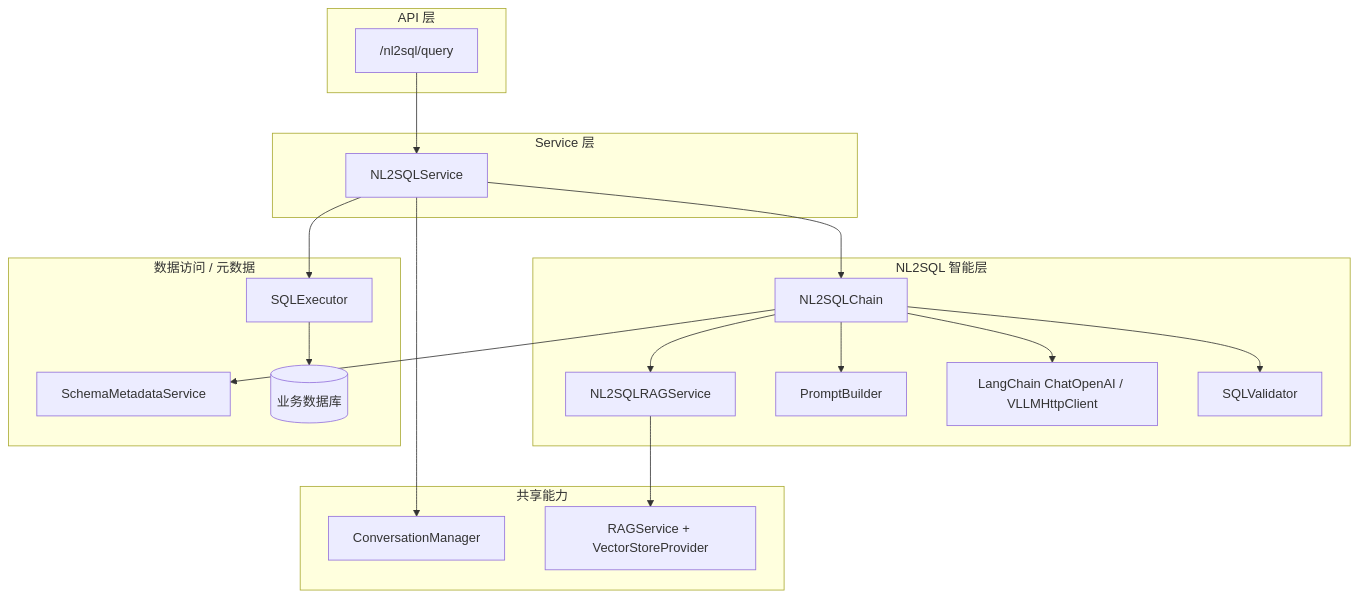
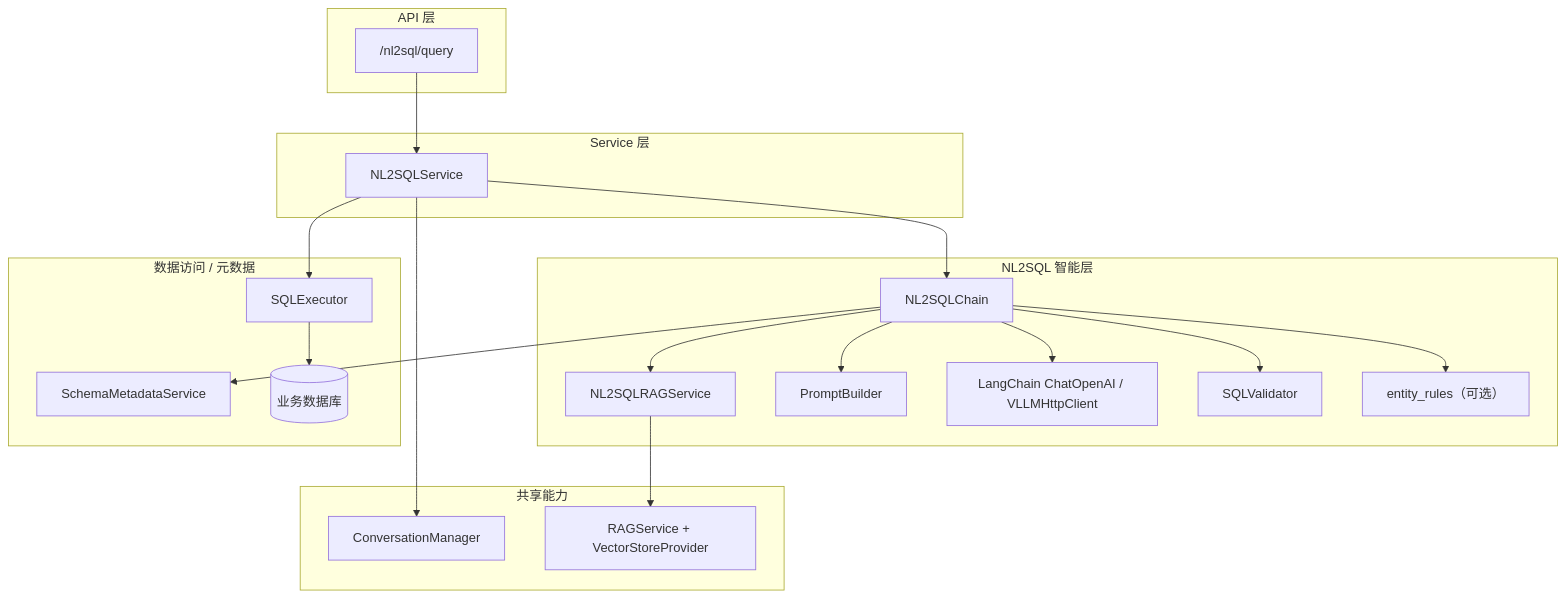
One commit to gaocf888/models_app_framework changed the first of 3 diagrams in framework-guide/NL2SQL整体实现技术说明.md. Above: the diagram before and after it, drawn with Mermaid. The commit also changed other lines of this file and 13 other files, not shown here.

````diff
--- a/framework-guide/NL2SQL整体实现技术说明.md
+++ b/framework-guide/NL2SQL整体实现技术说明.md
@@ -88,43 +95,45 @@
 ```mermaid
 flowchart TB
     subgraph API["API 层"]
         NL2SQLAPI["/nl2sql/query"]
     end
 
     subgraph Service["Service 层"]
         NService["NL2SQLService"]
     end
 
     subgraph Chain["NL2SQL 智能层"]
         NChain["NL2SQLChain"]
         RAG["NL2SQLRAGService"]
         PB["PromptBuilder"]
         LLM["LangChain ChatOpenAI / VLLMHttpClient"]
         VAL["SQLValidator"]
+        ER["entity_rules（可选）"]
     end
 
     subgraph Data["数据访问 / 元数据"]
         SchemaSvc["SchemaMetadataService"]
         Exec["SQLExecutor"]
         DB[("业务数据库")]
     end
 
     subgraph Shared["共享能力"]
         Conv["ConversationManager"]
         RAGBase["RAGService + VectorStoreProvider"]
     end
 
     NL2SQLAPI --> NService
     NService --> NChain
     NService --> Exec
     NService --> Conv
 
     NChain --> SchemaSvc
     NChain --> RAG
     NChain --> PB
     NChain --> LLM
     NChain --> VAL
+    NChain --> ER
 
     RAG --> RAGBase
     Exec --> DB
 ```
````
